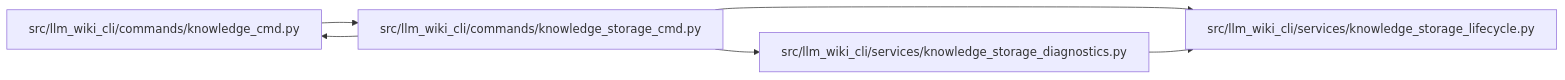
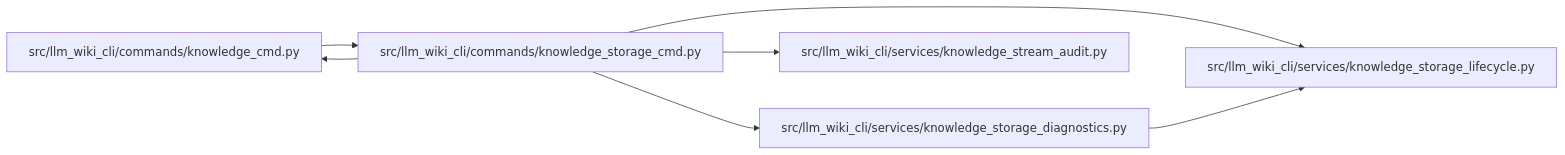
The diagram in docs/llm_wiki/modules/knowledge_storage_cmd.md (Denissvgn/python-wiki-llm), drawn with Mermaid before and after one commit. The commit also changed other lines of this file and 476 other files, not shown here.

````diff
--- a/docs/llm_wiki/modules/knowledge_storage_cmd.md
+++ b/docs/llm_wiki/modules/knowledge_storage_cmd.md
@@ -22,16 +23,19 @@
 ```mermaid
 flowchart LR
     n0["src/llm_wiki_cli/commands/knowledge_cmd.py"]
     n1["src/llm_wiki_cli/commands/knowledge_storage_cmd.py"]
     n2["src/llm_wiki_cli/services/knowledge_storage_diagnostics.py"]
     n3["src/llm_wiki_cli/services/knowledge_storage_lifecycle.py"]
+    n4["src/llm_wiki_cli/services/knowledge_stream_audit.py"]
     n0 --> n1
     n1 --> n0
     n1 --> n2
     n1 --> n3
+    n1 --> n4
     n2 --> n3
     click n0 "../modules/knowledge_cmd.md"
     click n1 "../modules/knowledge_storage_cmd.md"
     click n2 "../modules/knowledge_storage_diagnostics.md"
     click n3 "../modules/knowledge_storage_lifecycle.md"
+    click n4 "../modules/knowledge_stream_audit.md"
 ```
````
